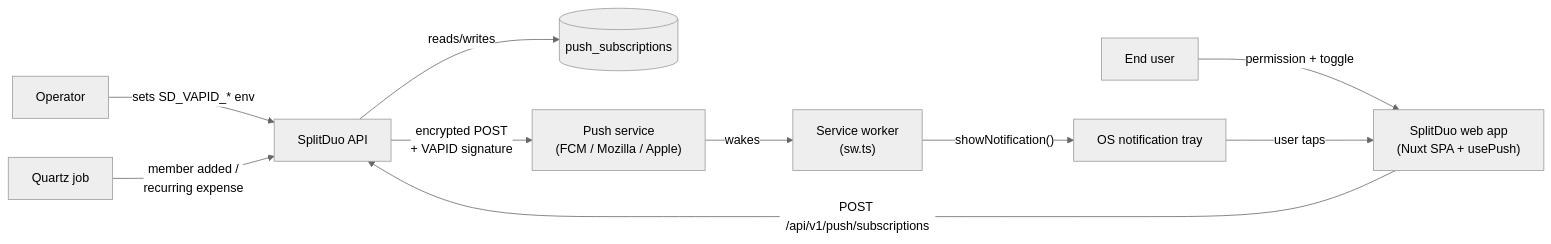
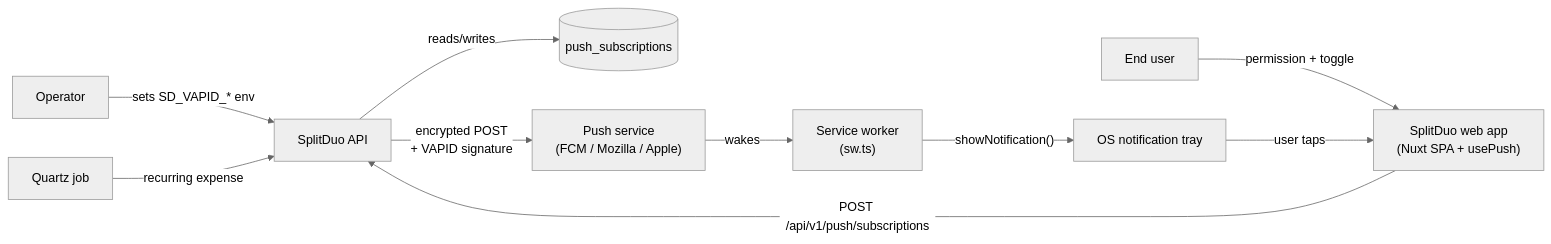
The first of 6 diagrams in docs/features/push-notifications.md (c4mbr0nn3/splitduo), drawn with Mermaid (neutral theme) before and after one commit. The commit also changed other lines of this file and 20 other files, not shown here.

````diff
--- a/docs/features/push-notifications.md
+++ b/docs/features/push-notifications.md
@@ -42,12 +42,12 @@
 ```mermaid
 flowchart LR
     op["Operator"] -->|"sets SD_VAPID_* env"| api
     user["End user"] -->|"permission + toggle"| web
     web["SplitDuo web app<br/>(Nuxt SPA + usePush)"] -->|"POST /api/v1/push/subscriptions"| api["SplitDuo API"]
     api -->|"reads/writes"| db[("push_subscriptions")]
-    job["Quartz job"] -->|"member added /<br/>recurring expense"| api
+    job["Quartz job"] -->|"recurring expense"| api
     api -->|"encrypted POST<br/>+ VAPID signature"| ps["Push service<br/>(FCM / Mozilla / Apple)"]
     ps -->|"wakes"| sw["Service worker<br/>(sw.ts)"]
     sw -->|"showNotification()"| os["OS notification tray"]
     os -->|"user taps"| web
 ```
````
